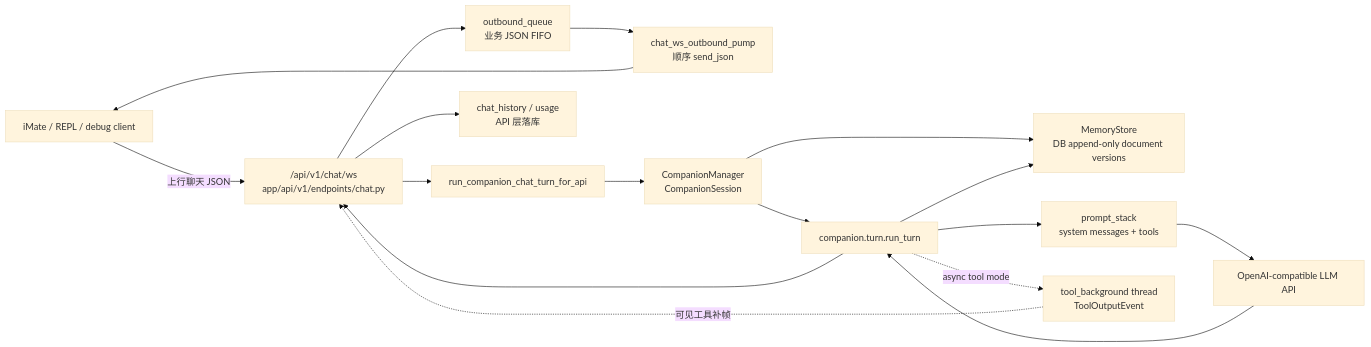
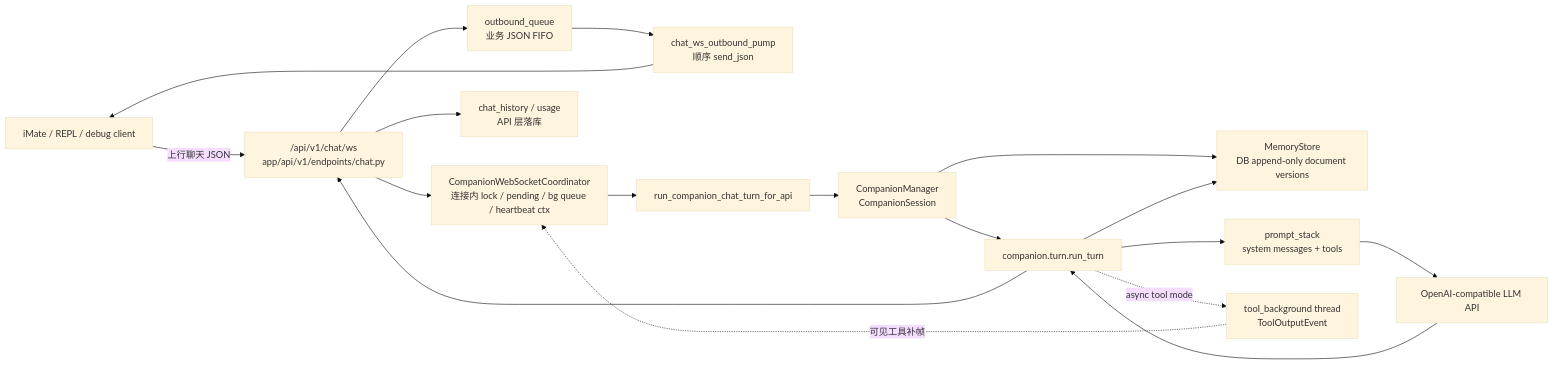
Before and after one commit to NascentCore/inty: the diagram in docs/agentic_kernel/ARCH.md, drawn with Mermaid (base theme). The commit also changed other lines of this file and 4 other files, not shown here.

Commit message:
Clarify companion WebSocket coordination

````diff
--- a/docs/agentic_kernel/ARCH.md
+++ b/docs/agentic_kernel/ARCH.md
@@ -114,28 +114,29 @@
 ```mermaid
 flowchart LR
   Client["iMate / REPL / debug client"]
   WS["/api/v1/chat/ws\napp/api/v1/endpoints/chat.py"]
   OQ["outbound_queue\n业务 JSON FIFO"]
   Pump["chat_ws_outbound_pump\n顺序 send_json"]
+  Coord["CompanionWebSocketCoordinator\n连接内 lock / pending / bg queue / heartbeat ctx"]
   CCS["run_companion_chat_turn_for_api"]
   CM["CompanionManager\nCompanionSession"]
   Store["MemoryStore\nDB append-only document versions"]
   RT["companion.turn.run_turn"]
   Prompt["prompt_stack\nsystem messages + tools"]
   LLM["OpenAI-compatible LLM API"]
   BG["tool_background thread\nToolOutputEvent"]
   Hist["chat_history / usage\nAPI 层落库"]
 
   Client -->|"上行聊天 JSON"| WS
-  WS --> CCS --> CM
+  WS --> Coord --> CCS --> CM
   CM --> Store
   CM --> RT
   RT --> Store
   RT --> Prompt --> LLM
   LLM --> RT
   RT -.->|"async tool mode"| BG
-  BG -.->|"可见工具补帧"| WS
+  BG -.->|"可见工具补帧"| Coord
   RT --> WS
   WS --> Hist
   WS --> OQ --> Pump --> Client
 ```
````
